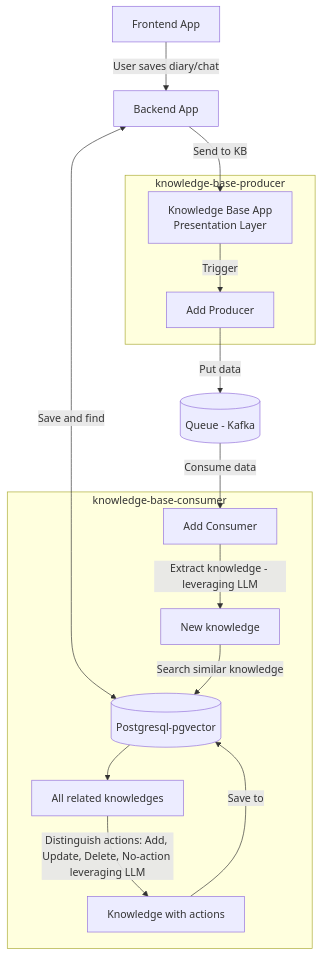
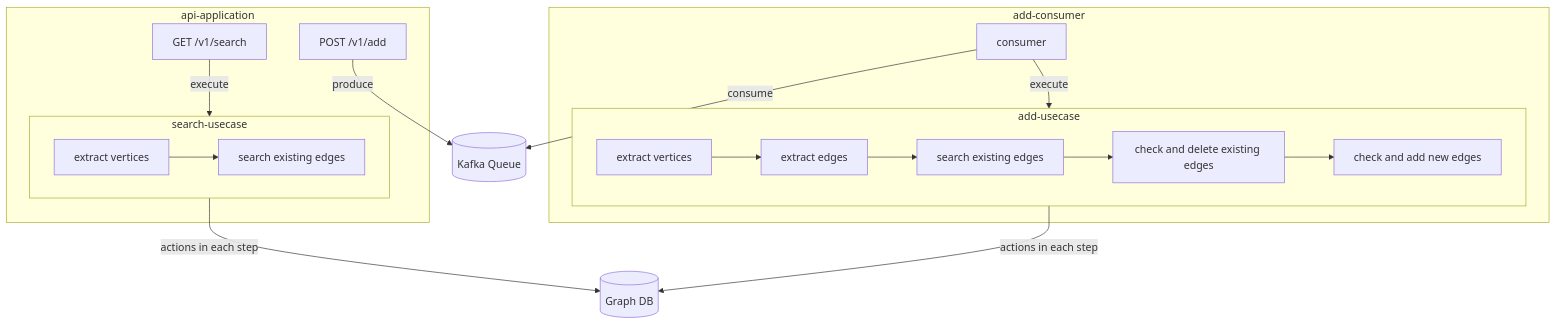
Before and after one commit to rst0070/knowledge-base: the diagram in README.md, drawn with Mermaid. The commit also changed other lines of this file, not shown here.

````diff
--- a/README.md
+++ b/README.md
@@ -33,26 +19,44 @@
 ```mermaid
 flowchart TD
-    frontend[Frontend App]
-    backend[Backend App] <-->|Save and find|database[(Postgresql-pgvector)]
+  kafka[(Kafka Queue)]
+  neo4j[(Graph DB)]
 
+  subgraph api-application
+    add_api[POST /v1/add]
+    search_api[GET /v1/search]
 
-    frontend -->|User saves diary/chat| backend
+    subgraph search-usecase
+      ss1[extract vertices]
+      ss2[search existing edges]
 
-    backend -->|Send to KB| C[Knowledge Base App
-    Presentation Layer]
-    subgraph knowledge-base-producer
-        C -->|Trigger| D[Add Producer]
+      ss1 --> ss2
     end
 
+    search_api -->|execute| search-usecase
+  end
 
-    D -->|Put data| E[(Queue - Kafka)]
-    E -->|Consume data| F[Add Consumer]
+  add_api --> |produce|kafka
+  search-usecase --> |actions in each step|neo4j
 
-    subgraph knowledge-base-consumer
-        F -->|Extract knowledge - leveraging LLM| G[New knowledge]
-        G -->|Search similar knowledge| database
-        database -->H[All related knowledges]
-        H -->|Distinguish actions: Add, Update, Delete, No-action leveraging LLM|I[Knowledge with actions]
-        I -->|Save to| database
+  subgraph add-consumer
+    consumer[consumer]
+
+    subgraph add-usecase
+      as1[extract vertices]
+      as2[extract edges]
+      as3[search existing edges]
+      as4[check and delete existing edges]
+      as5[check and add new edges]
+
+      as1 --> as2
+      as2 --> as3
+      as3 --> as4
+      as4 --> as5
     end
+
+    consumer --> |execute|add-usecase
+  end
+
+  consumer --> |consume|kafka
+  add-usecase --> |actions in each step|neo4j
 ```
````
